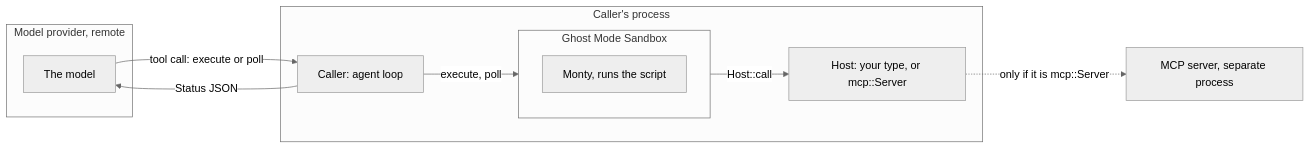
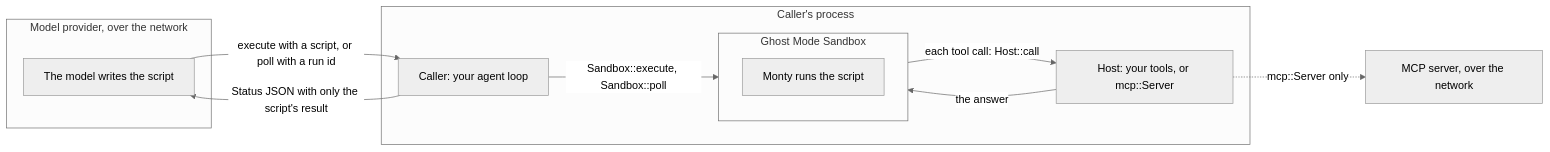
One commit to legend-of-alan/ghostmode changed the diagram in assets/how-it-works.mmd. Above: the diagram before and after it, drawn with Mermaid (neutral theme). The commit also changed 15 other files, not shown here.

```diff
--- a/assets/how-it-works.mmd
+++ b/assets/how-it-works.mmd
@@ -1,17 +1,18 @@
 flowchart LR
-    subgraph Provider["Model provider, remote"]
-        Model["The model"]
+    subgraph Provider["Model provider, over the network"]
+        Model["The model writes the script"]
     end
     subgraph App["Caller's process"]
-        Caller["Caller: agent loop"]
+        Caller["Caller: your agent loop"]
         subgraph GM["Ghost Mode Sandbox"]
-            Monty["Monty, runs the script"]
+            Monty["Monty runs the script"]
         end
-        Host["Host: your type, or mcp::Server"]
+        Host["Host: your tools, or mcp::Server"]
     end
-    MCPS["MCP server, separate process"]
-    Model -->|"tool call: execute or poll"| Caller
-    Caller -->|"Status JSON"| Model
-    Caller -->|"execute, poll"| GM
-    GM -->|"Host::call"| Host
-    Host -.->|"only if it is mcp::Server"| MCPS
+    MCPS["MCP server, over the network"]
+    Model -->|"execute with a script, or poll with a run id"| Caller
+    Caller -->|"Status JSON with only the script's result"| Model
+    Caller -->|"Sandbox::execute, Sandbox::poll"| GM
+    GM -->|"each tool call: Host::call"| Host
+    Host -->|"the answer"| GM
+    Host -.->|"mcp::Server only"| MCPS
```
